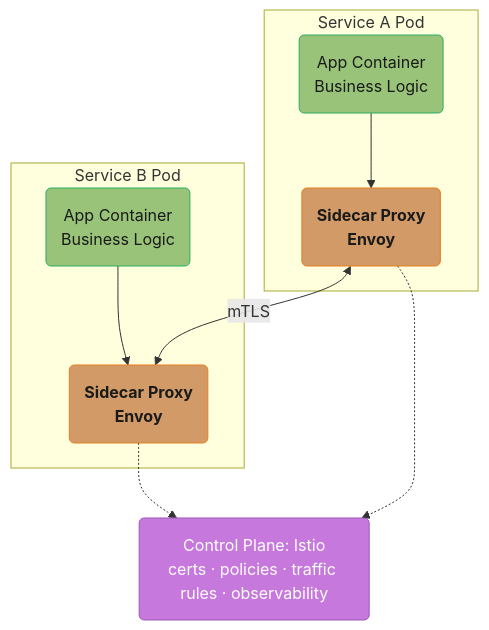
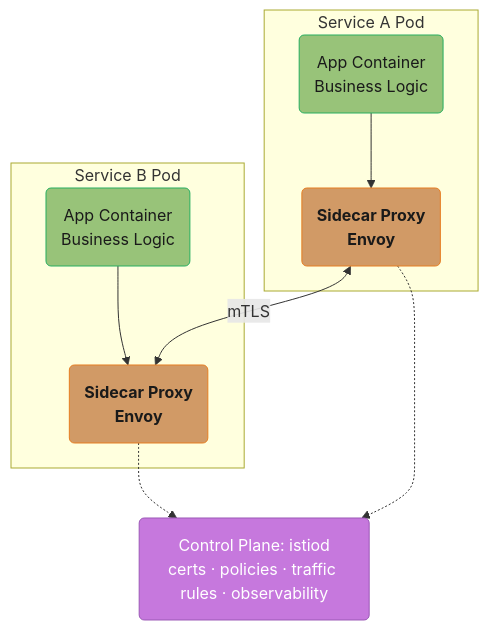
One commit to rppol/system-design changed diagram 19 of 24 in src/main/java/com/rutik/systemdesign/hld/microservices/README.md. Above: the diagram before and after it, drawn with Mermaid. The commit also changed other lines of this file and 3 other files, not shown here.

````diff
--- a/src/main/java/com/rutik/systemdesign/hld/microservices/README.md
+++ b/src/main/java/com/rutik/systemdesign/hld/microservices/README.md
@@ -705,30 +745,30 @@
 ```mermaid
 flowchart TD
     classDef io      fill:#61afef,stroke:#2e86c1,color:#1a1a1a,font-weight:bold
     classDef frozen  fill:#c678dd,stroke:#9b59b6,color:#fff
     classDef train   fill:#98c379,stroke:#27ae60,color:#1a1a1a
     classDef mathOp  fill:#d19a66,stroke:#e67e22,color:#1a1a1a,font-weight:bold
     classDef lossN   fill:#e06c75,stroke:#c0392b,color:#fff,font-weight:bold
     classDef req     fill:#56b6c2,stroke:#0097a7,color:#1a1a1a
     classDef base    fill:#e5c07b,stroke:#f39c12,color:#1a1a1a
 
     subgraph PA["Service A Pod"]
         appA("App Container<br/>Business Logic")
         proxyA("Sidecar Proxy<br/>Envoy")
         appA --> proxyA
     end
 
     subgraph PB["Service B Pod"]
         appB("App Container<br/>Business Logic")
         proxyB("Sidecar Proxy<br/>Envoy")
         appB --> proxyB
     end
 
     proxyA <-->|"mTLS"| proxyB
-    proxyA -.-> cp("Control Plane: Istio<br/>certs · policies · traffic rules · observability")
+    proxyA -.-> cp("Control Plane: istiod<br/>certs · policies · traffic rules · observability")
     proxyB -.-> cp
 
     class appA,appB train
     class proxyA,proxyB mathOp
     class cp frozen
 ```
````
